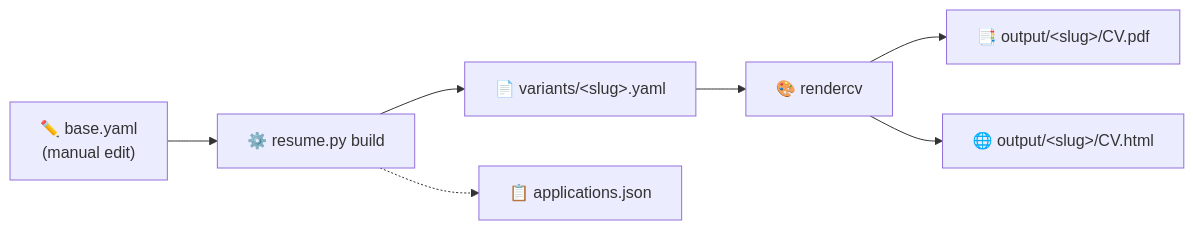
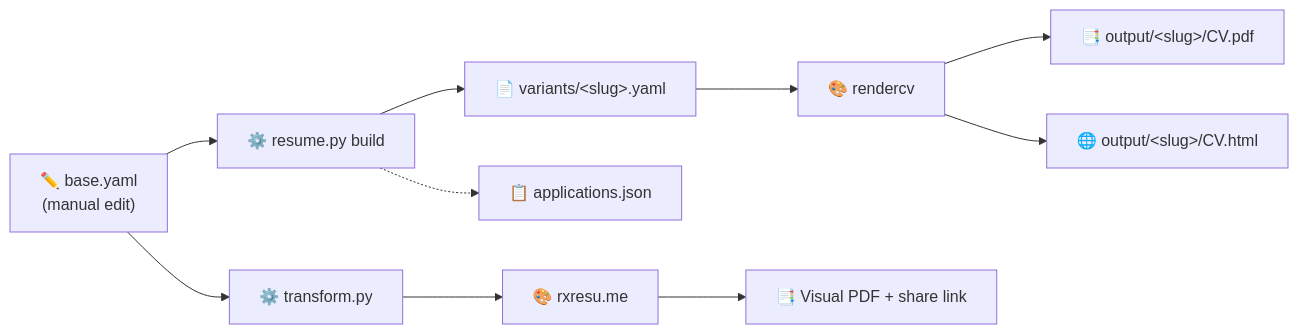
Before and after one commit to jxjwilliam/resume-generator: the first of 2 diagrams in README.md, drawn with Mermaid. The commit also changed other lines of this file and 6 other files, not shown here.

````diff
--- a/README.md
+++ b/README.md
@@ -28,9 +34,12 @@
 ```mermaid
 flowchart LR
     A["✏️ base.yaml<br/>(manual edit)"] --> B["⚙️ resume.py build"]
+    A --> T["⚙️ transform.py"]
     B --> C["📄 variants/&lt;slug&gt;.yaml"]
     C --> D["🎨 rendercv"]
     D --> E["📑 output/&lt;slug&gt;/CV.pdf"]
     D --> F["🌐 output/&lt;slug&gt;/CV.html"]
-    B -.-> G["📋 applications.json"]
+    T --> R["🎨 rxresu.me"]
+    R --> G["📑 Visual PDF + share link"]
+    B -.-> H["📋 applications.json"]
 ```
````
